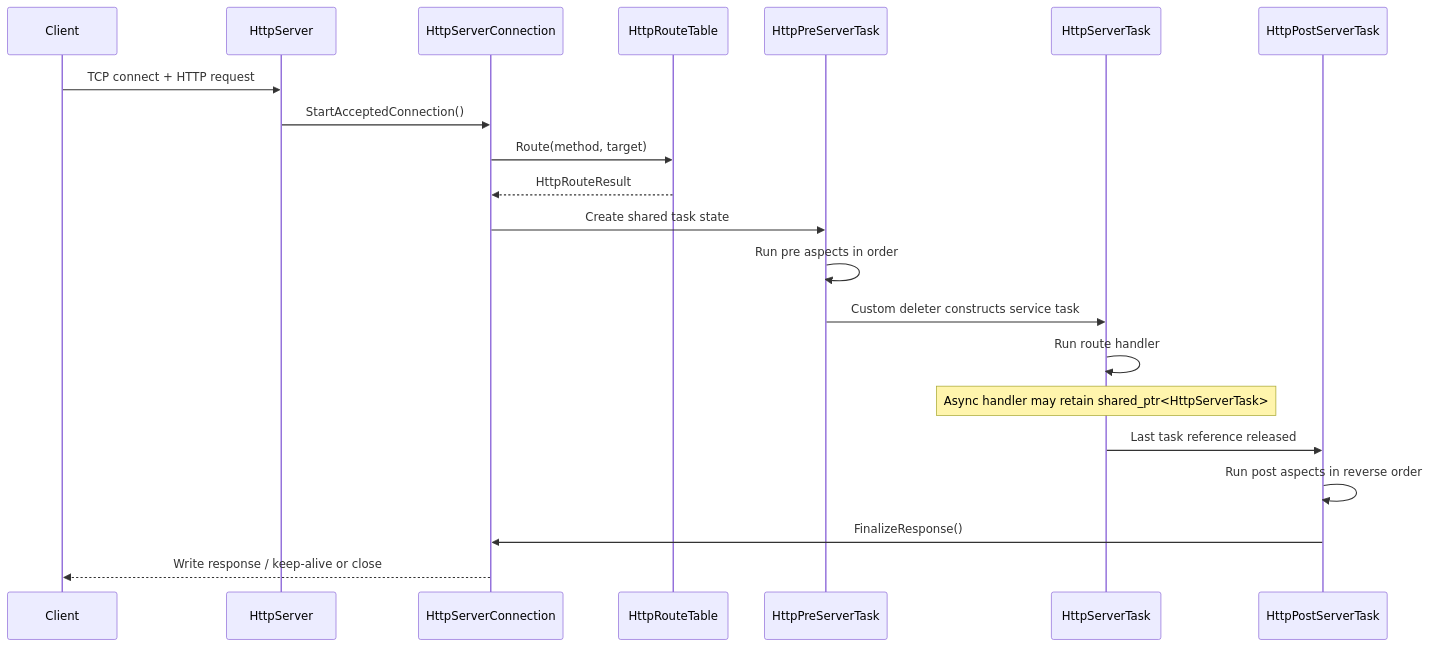
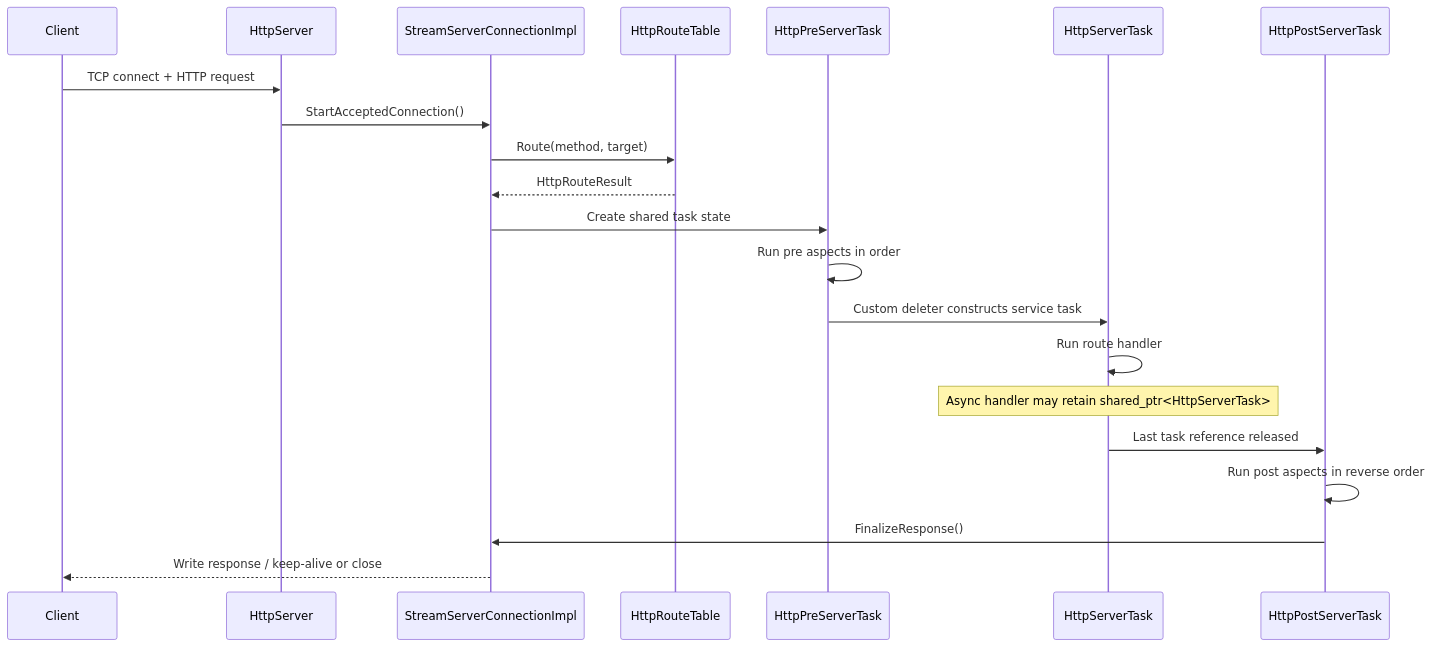
Before and after one commit to haomingbai/bsrvcore: the diagram in docs/design/request-lifecycle.md, drawn with Mermaid. The commit also changed other lines of this file and 183 other files, not shown here.

````diff
--- a/docs/design/request-lifecycle.md
+++ b/docs/design/request-lifecycle.md
@@ -7,24 +7,24 @@
 ```mermaid
 sequenceDiagram
     participant C as Client
     participant S as HttpServer
-    participant X as HttpServerConnection
+    participant X as StreamServerConnectionImpl
     participant R as HttpRouteTable
     participant P as HttpPreServerTask
     participant H as HttpServerTask
     participant O as HttpPostServerTask
 
     C->>S: TCP connect + HTTP request
     S->>X: StartAcceptedConnection()
     X->>R: Route(method, target)
     R-->>X: HttpRouteResult
     X->>P: Create shared task state
     P->>P: Run pre aspects in order
     P->>H: Custom deleter constructs service task
     H->>H: Run route handler
     Note over H: Async handler may retain shared_ptr<HttpServerTask>
     H->>O: Last task reference released
     O->>O: Run post aspects in reverse order
     O->>X: FinalizeResponse()
     X-->>C: Write response / keep-alive or close
 ```
````
